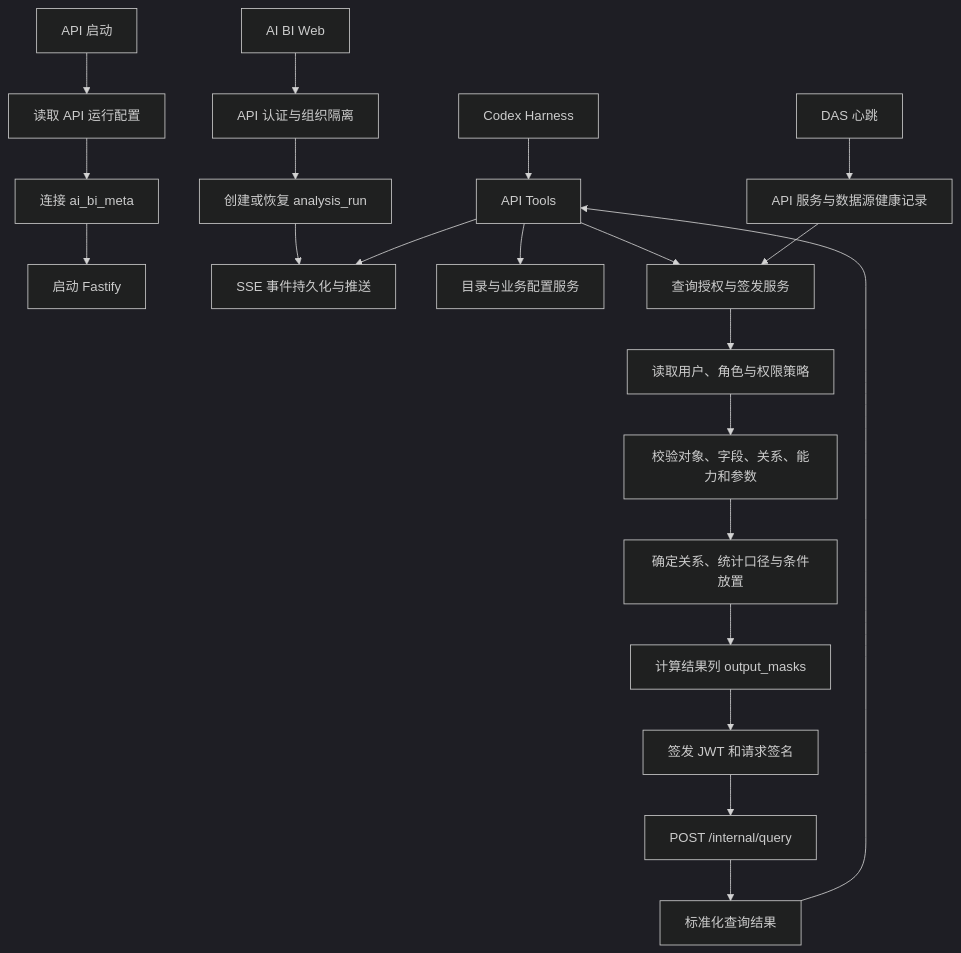
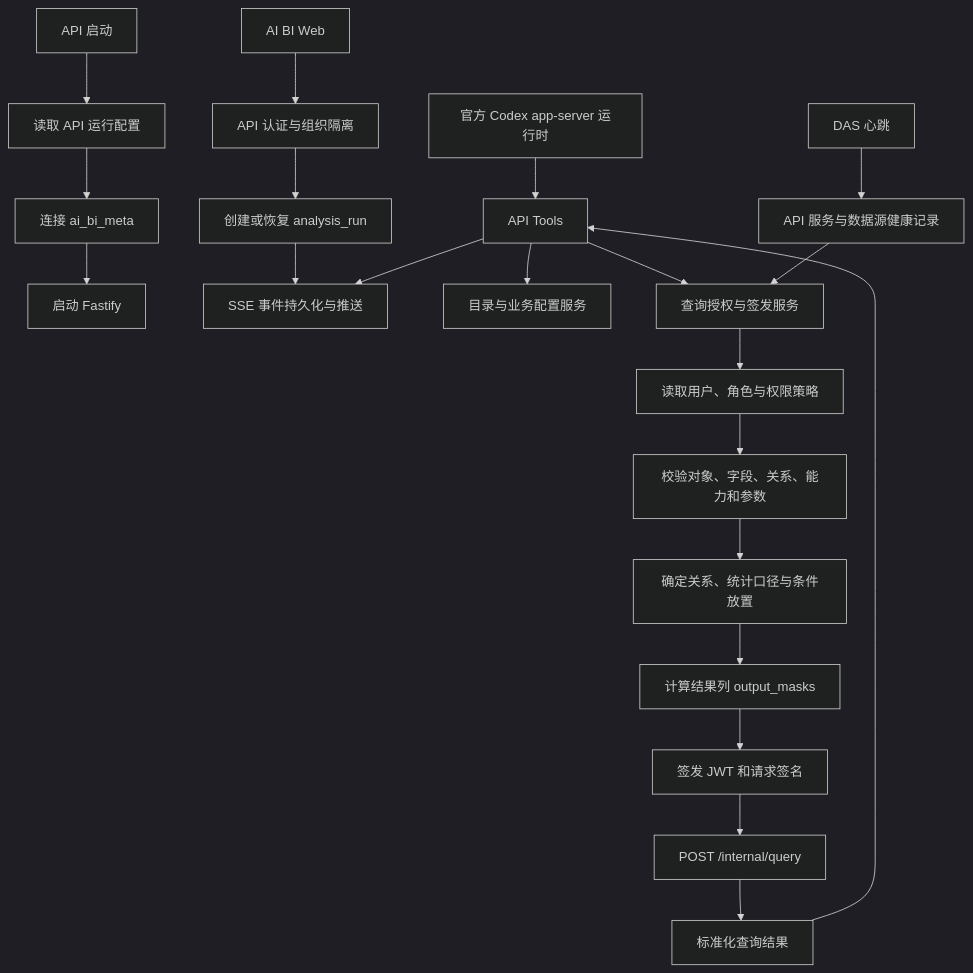
The diagram in 需求文档/api-implementation-plan.md (jellyrain/ai-data), drawn with Mermaid (dark theme) before and after one commit. The commit also changed other lines of this file and 199 other files, not shown here.

````diff
--- a/需求文档/api-implementation-plan.md
+++ b/需求文档/api-implementation-plan.md
@@ -24,27 +24,27 @@
 ```mermaid
 flowchart TD
     START[API 启动] --> CONFIG[读取 API 运行配置]
     CONFIG --> META[连接 ai_bi_meta]
     META --> APP[启动 Fastify]
 
     WEB[AI BI Web] --> AUTH[API 认证与组织隔离]
     AUTH --> RUN[创建或恢复 analysis_run]
     RUN --> SSE[SSE 事件持久化与推送]
 
-    HARNESS[Codex Harness] --> TOOLS[API Tools]
+    HARNESS[官方 Codex app-server 运行时] --> TOOLS[API Tools]
     TOOLS --> CATALOG[目录与业务配置服务]
     TOOLS --> GATEWAY[查询授权与签发服务]
 
     GATEWAY --> POLICY[读取用户、角色与权限策略]
     POLICY --> VALIDATE[校验对象、字段、关系、能力和参数]
     VALIDATE --> MERGE[确定关系、统计口径与条件放置]
     MERGE --> MASKS[计算结果列 output_masks]
     MASKS --> SIGN[签发 JWT 和请求签名]
     SIGN --> DAS[POST /internal/query]
     DAS --> RESULT[标准化查询结果]
     RESULT --> TOOLS
     TOOLS --> SSE
 
     DAS_HEARTBEAT[DAS 心跳] --> HEALTH[API 服务与数据源健康记录]
     HEALTH --> GATEWAY
 ```
````
